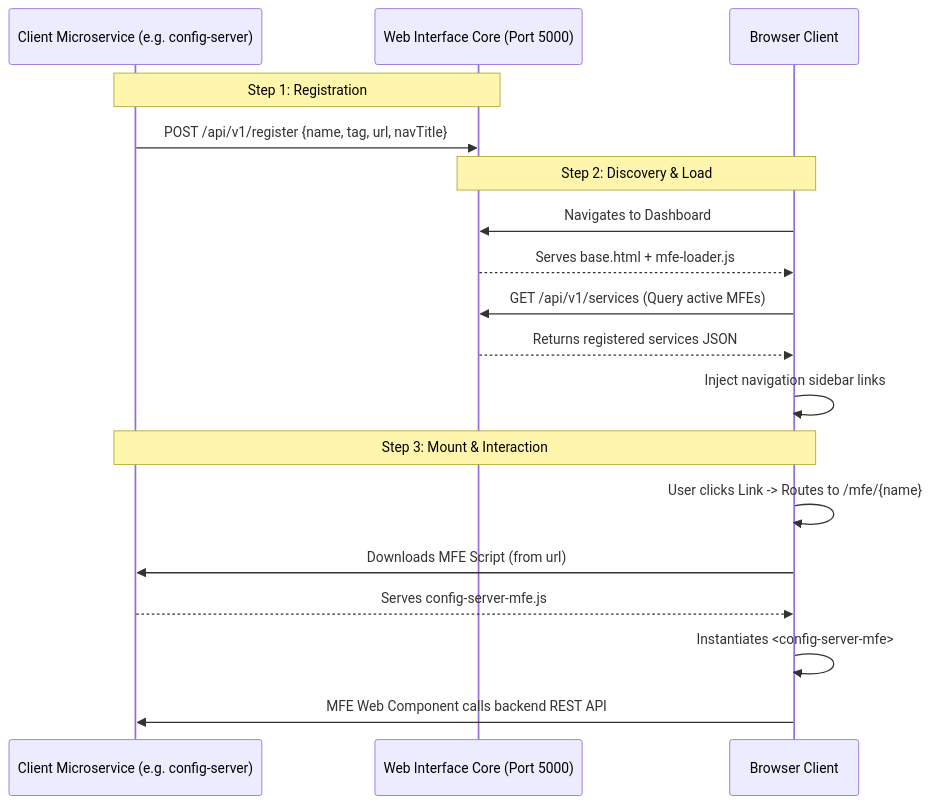
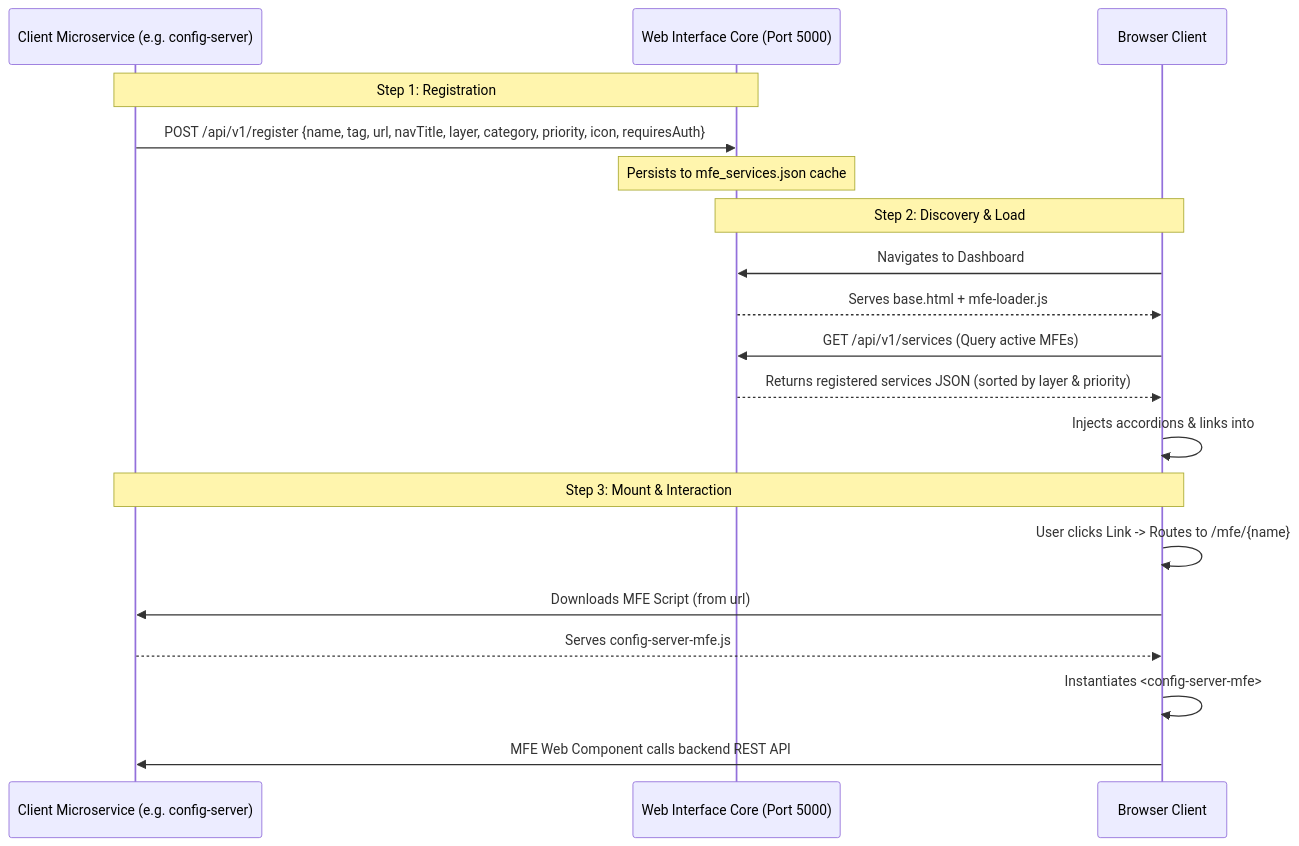
Before and after one commit to Bastien-Antigravity/obsidian-brain: the first of 2 diagrams in 06-Microservices/OpenMFE-Integration-Protocol.md, drawn with Mermaid. The commit also changed other lines of this file and 200 other files, not shown here.

````diff
--- a/06-Microservices/OpenMFE-Integration-Protocol.md
+++ b/06-Microservices/OpenMFE-Integration-Protocol.md
@@ -22,23 +22,24 @@
 ```mermaid
 sequenceDiagram
     participant MS as Client Microservice (e.g. config-server)
     participant WI as Web Interface Core (Port 5000)
     participant Browser as Browser Client
 
     Note over MS, WI: Step 1: Registration
-    MS->>WI: POST /api/v1/register {name, tag, url, navTitle}
+    MS->>WI: POST /api/v1/register {name, tag, url, navTitle, layer, category, priority, icon, requiresAuth}
+    Note over WI: Persists to mfe_services.json cache
     
     Note over Browser, WI: Step 2: Discovery & Load
     Browser->>WI: Navigates to Dashboard
     WI-->>Browser: Serves base.html + mfe-loader.js
     Browser->>WI: GET /api/v1/services (Query active MFEs)
-    WI-->>Browser: Returns registered services JSON
-    Browser->>Browser: Inject navigation sidebar links
+    WI-->>Browser: Returns registered services JSON (sorted by layer & priority)
+    Browser->>Browser: Injects accordions & links into #Sidenav drawer
 
     Note over Browser, MS: Step 3: Mount & Interaction
     Browser->>Browser: User clicks Link -> Routes to /mfe/{name}
     Browser->>MS: Downloads MFE Script (from url)
     MS-->>Browser: Serves config-server-mfe.js
     Browser->>Browser: Instantiates <config-server-mfe>
     Browser->>MS: MFE Web Component calls backend REST API
 ```
````
